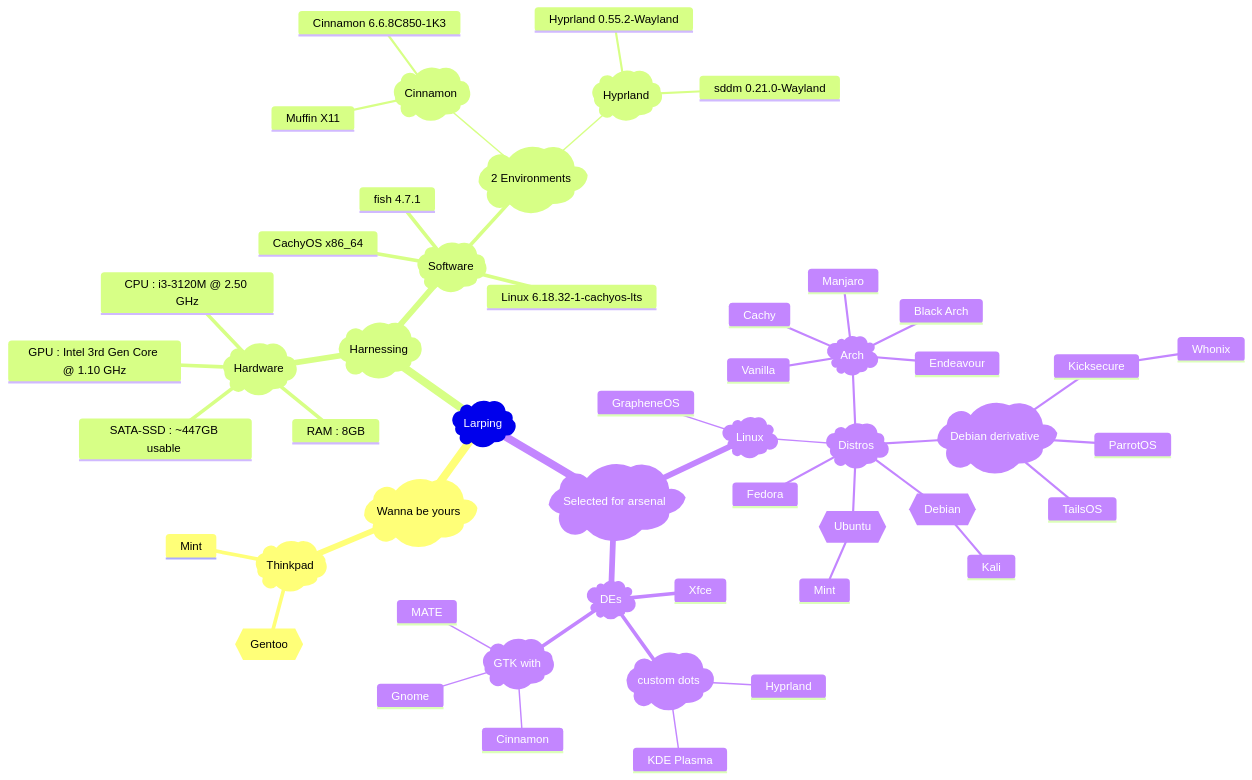
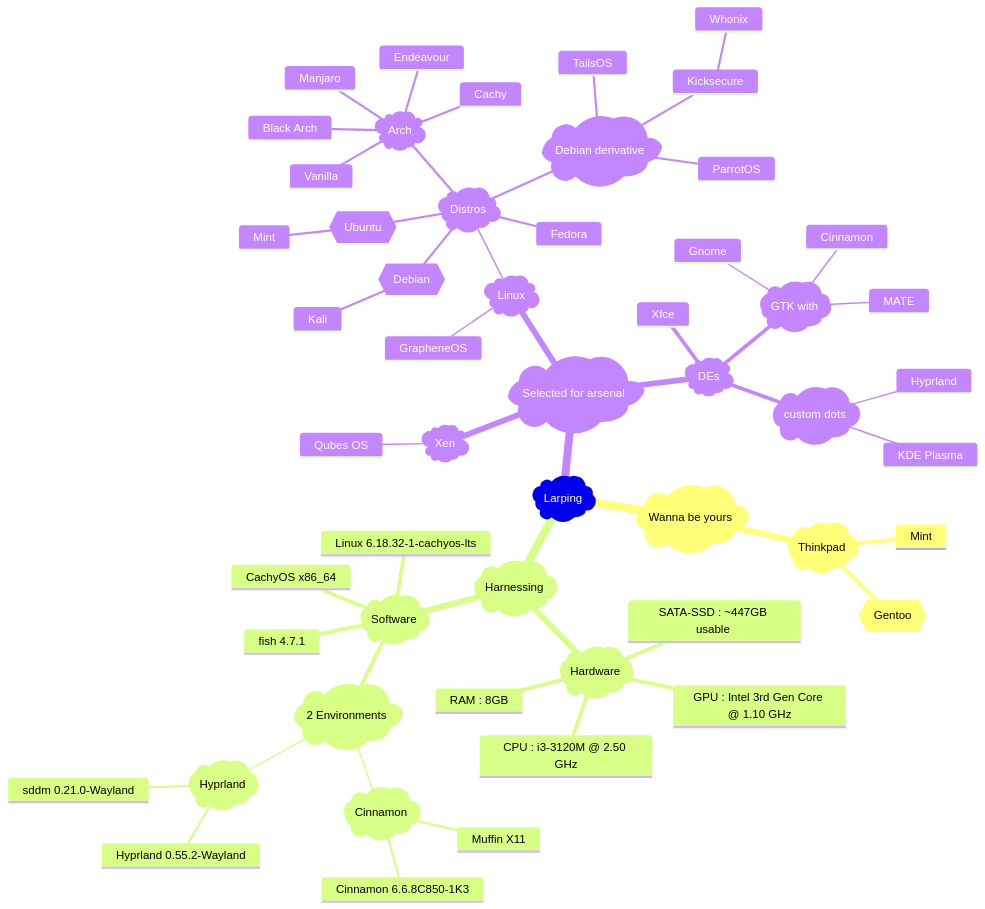
One commit to Chintanpatel24/Chintanpatel24 changed the diagram in README.md. Above: the diagram before and after it, drawn with Mermaid.

````diff
--- a/README.md
+++ b/README.md
@@ -4,54 +4,56 @@
 ```mermaid
 mindmap
 root)Larping(
  ) Wanna be yours(
   )Thinkpad(
    {{Gentoo}}
    Mint
  )Harnessing(
   )Hardware(     
    GPU : Intel 3rd Gen Core @ 1.10 GHz
    CPU : i3-3120M @ 2.50 GHz
    RAM : 8GB
    SATA-SSD : ~447GB usable 
   )Software(
    )2 Environments(
     )Cinnamon( 
      Muffin X11
      Cinnamon 6.6.8C850-1K3
     )Hyprland(
      Hyprland 0.55.2-Wayland
      sddm 0.21.0-Wayland
    CachyOS x86_64
    fish 4.7.1
    Linux 6.18.32-1-cachyos-lts
  ) Selected for arsenal(
+   )Xen(
+    Qubes OS
    )Linux(
     GrapheneOS
     )Distros(
      )Arch(
       Endeavour
       Vanilla
       Black Arch
       Cachy
       Manjaro
      {{Debian}}
       Kali
      {{Ubuntu}}
       Mint
      Fedora
      )Debian derivative(
       Kicksecure
        Whonix
       ParrotOS
       TailsOS
   )DEs(
    Xfce
    )custom dots(
     Hyprland
     KDE Plasma
    )GTK with(
     Cinnamon
     Gnome
     MATE
 ```
````
